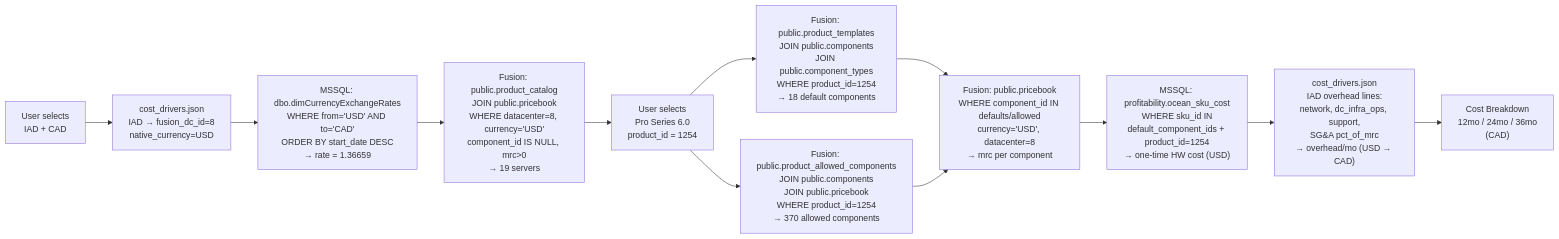
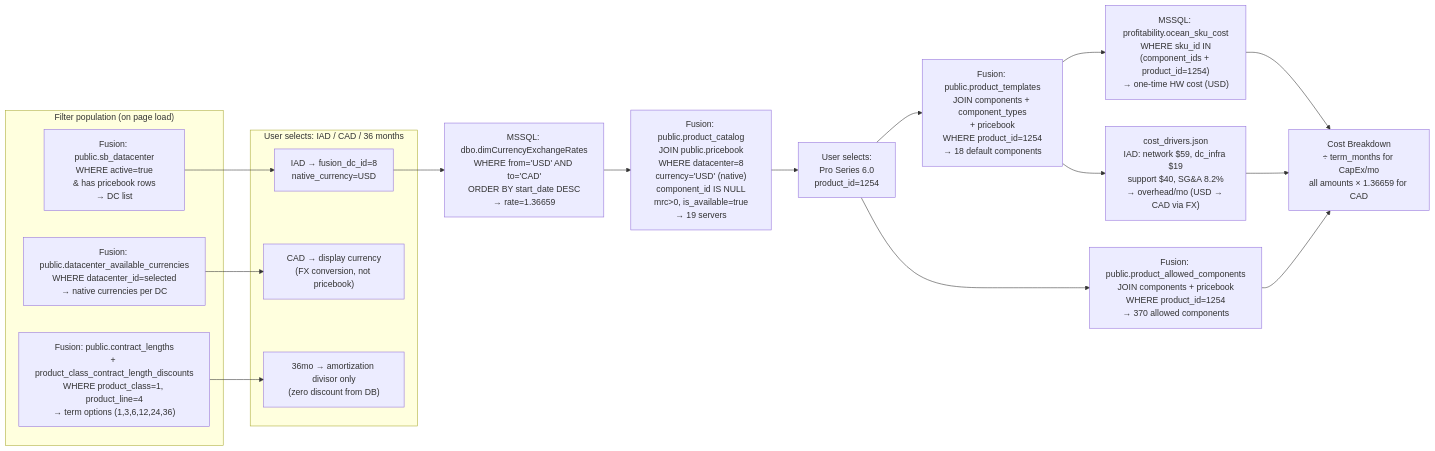
The diagram in projects/cpq-front-end/cpq-data-flow.md (nelsonuwp/connected-brain), drawn with Mermaid before and after one commit. The commit also changed other lines of this file, not shown here.

````diff
--- a/projects/cpq-front-end/cpq-data-flow.md
+++ b/projects/cpq-front-end/cpq-data-flow.md
@@ -24,36 +130,36 @@
 ```mermaid
 flowchart LR
-    A["User selects\nIAD + CAD"] --> B
+    subgraph "Filter population (on page load)"
+        F1["Fusion: public.sb_datacenter\nWHERE active=true\n& has pricebook rows\n→ DC list"]
+        F2["Fusion: public.datacenter_available_currencies\nWHERE datacenter_id=selected\n→ native currencies per DC"]
+        F3["Fusion: public.contract_lengths\n+ product_class_contract_length_discounts\nWHERE product_class=1, product_line=4\n→ term options (1,3,6,12,24,36)"]
+    end
 
-    B["cost_drivers.json\nIAD → fusion_dc_id=8\nnative_currency=USD"]
-    B --> C
+    subgraph "User selects: IAD / CAD / 36 months"
+        U1["IAD → fusion_dc_id=8\nnative_currency=USD"]
+        U2["CAD → display currency\n(FX conversion, not pricebook)"]
+        U3["36mo → amortization divisor only\n(zero discount from DB)"]
+    end
 
-    C["MSSQL: dbo.dimCurrencyExchangeRates\nWHERE from='USD' AND to='CAD'\nORDER BY start_date DESC\n→ rate = 1.36659"]
-    C --> D
+    F1 --> U1
+    F2 --> U2
+    F3 --> U3
 
-    D["Fusion: public.product_catalog\nJOIN public.pricebook\nWHERE datacenter=8, currency='USD'\ncomponent_id IS NULL, mrc>0\n→ 19 servers"]
-    D --> E
+    U1 --> FX["MSSQL: dbo.dimCurrencyExchangeRates\nWHERE from='USD' AND to='CAD'\nORDER BY start_date DESC\n→ rate=1.36659"]
 
-    E["User selects\nPro Series 6.0\nproduct_id = 1254"]
-    E --> F
-    E --> G
+    FX --> SL["Fusion: public.product_catalog\nJOIN public.pricebook\nWHERE datacenter=8\ncurrency='USD' (native)\ncomponent_id IS NULL\nmrc>0, is_available=true\n→ 19 servers"]
 
-    F["Fusion: public.product_templates\nJOIN public.components\nJOIN public.component_types\nWHERE product_id=1254\n→ 18 default components"]
+    SL --> PS["User selects:\nPro Series 6.0\nproduct_id=1254"]
 
-    G["Fusion: public.product_allowed_components\nJOIN public.components\nJOIN public.pricebook\nWHERE product_id=1254\n→ 370 allowed components"]
+    PS --> DEF["Fusion: public.product_templates\nJOIN components + component_types\n+ pricebook\nWHERE product_id=1254\n→ 18 default components"]
 
-    F --> H
-    G --> H
+    PS --> ALW["Fusion: public.product_allowed_components\nJOIN components + pricebook\nWHERE product_id=1254\n→ 370 allowed components"]
 
-    H["Fusion: public.pricebook\nWHERE component_id IN defaults/allowed\ncurrency='USD', datacenter=8\n→ mrc per component"]
+    DEF --> HW["MSSQL: profitability.ocean_sku_cost\nWHERE sku_id IN\n(component_ids + product_id=1254)\n→ one-time HW cost (USD)"]
 
-    H --> I
+    DEF --> OVH["cost_drivers.json\nIAD: network $59, dc_infra $19\nsupport $40, SG&A 8.2%\n→ overhead/mo (USD → CAD via FX)"]
 
-    I["MSSQL: profitability.ocean_sku_cost\nWHERE sku_id IN\ndefault_component_ids + product_id=1254\n→ one-time HW cost (USD)"]
-
-    I --> J
-
-    J["cost_drivers.json\nIAD overhead lines:\nnetwork, dc_infra_ops, support,\nSG&A pct_of_mrc\n→ overhead/mo (USD → CAD)"]
-
-    J --> K["Cost Breakdown\n12mo / 24mo / 36mo\n(CAD)"]
+    HW --> COST["Cost Breakdown\n÷ term_months for CapEx/mo\nall amounts × 1.36659 for CAD"]
+    OVH --> COST
+    ALW --> COST
 ```
````
